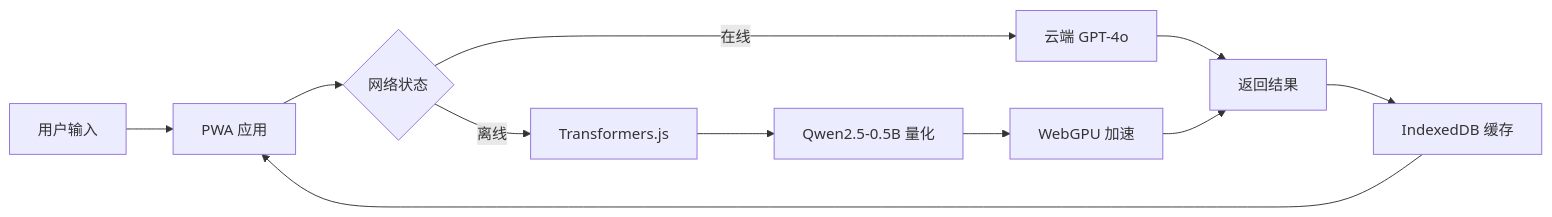
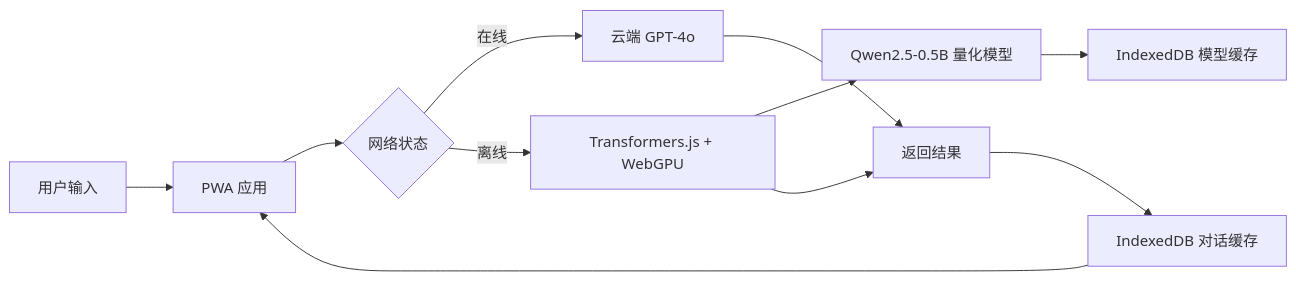
Before and after one commit to KMaybe01/common: the third of 10 diagrams in S5-AI/08-开发实战与架构指南.md, drawn with Mermaid. The commit also changed other lines of this file and 25 other files, not shown here.

````diff
--- a/S5-AI/08-开发实战与架构指南.md
+++ b/S5-AI/08-开发实战与架构指南.md
@@ -766,13 +769,13 @@
 ```mermaid
 graph LR
     A[用户输入] --> B[PWA 应用]
     B --> C{网络状态}
     C -->|在线| D[云端 GPT-4o]
-    C -->|离线| E[Transformers.js]
-    E --> F[Qwen2.5-0.5B 量化]
-    F --> G[WebGPU 加速]
-    D --> H[返回结果]
-    G --> H
-    H --> I[IndexedDB 缓存]
+    C -->|离线| E[Transformers.js + WebGPU]
+    E --> F[Qwen2.5-0.5B 量化模型]
+    F --> G[IndexedDB 模型缓存]
+    E --> H[返回结果]
+    D --> H
+    H --> I[IndexedDB 对话缓存]
     I --> B
 ```
````
